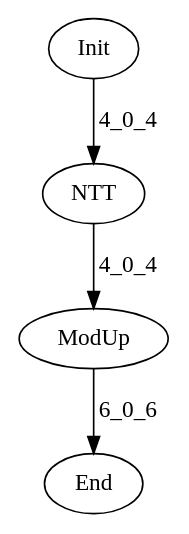
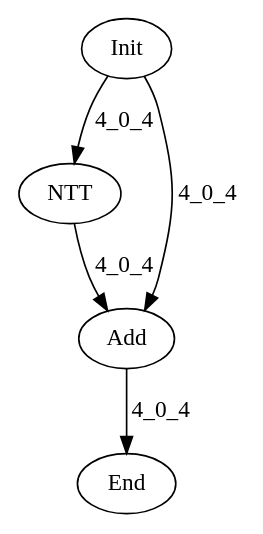
One commit to hal-lab-u-tokyo/PolyFHE changed the diagram in data/graph_poly.dot. Above: the diagram before and after it, drawn with Graphviz. The commit also changed 3 other files, not shown here.

```diff
--- a/data/graph_poly.dot
+++ b/data/graph_poly.dot
@@ -1,9 +1,10 @@
 digraph G {
 Init[label="Init"];
 End[label="End"];
 NTT[label="NTT"];
-ModUp[label="ModUp"];
+Add[label="Add"];
 Init -> NTT[label="4_0_4"];
-NTT -> ModUp[label="4_0_4"];
-ModUp -> End[label="6_0_6"];
+Init -> Add[label="4_0_4"];
+NTT -> Add[label="4_0_4"];
+Add -> End[label="4_0_4"];
 }
```
